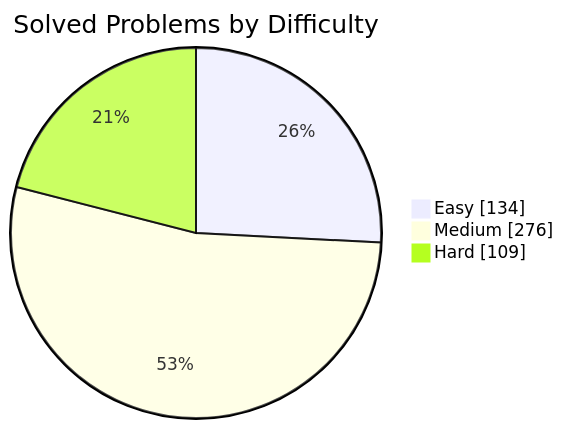
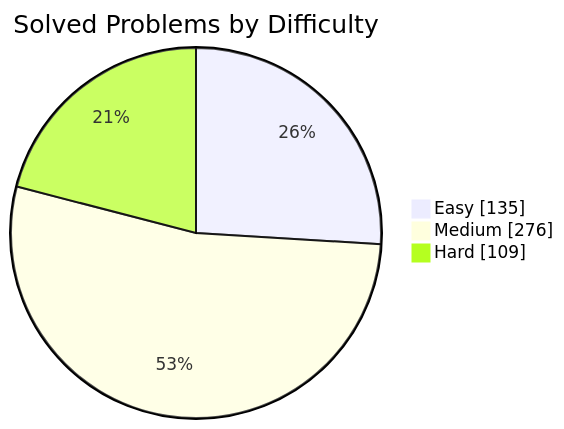
Before and after one commit to manikantbindass/DSA-Preparation-FAANG: the first of 2 diagrams in README.md, drawn with Mermaid. The commit also changed other lines of this file and 1 other file, not shown here.

````diff
--- a/README.md
+++ b/README.md
@@ -79,7 +79,7 @@
 ```mermaid
 pie showData
     title Solved Problems by Difficulty
-    "Easy" : 134
+    "Easy" : 135
     "Medium" : 276
     "Hard" : 109
 ```
````
